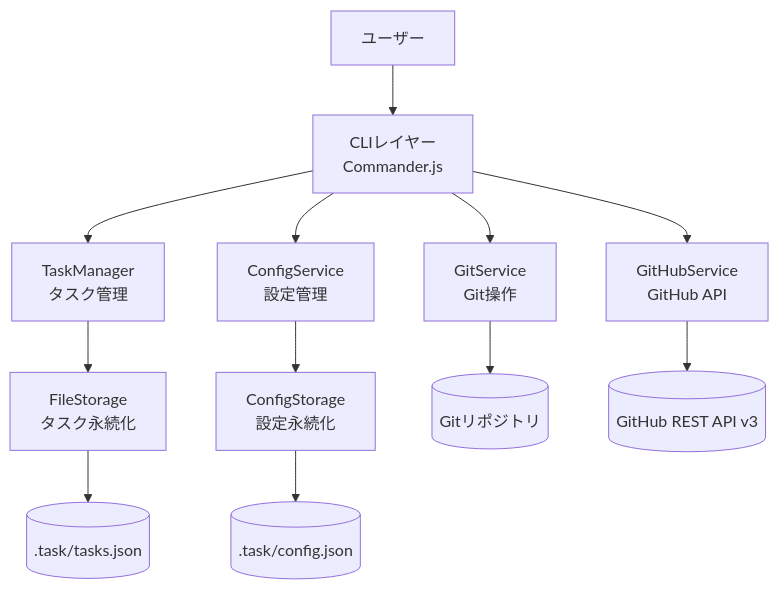
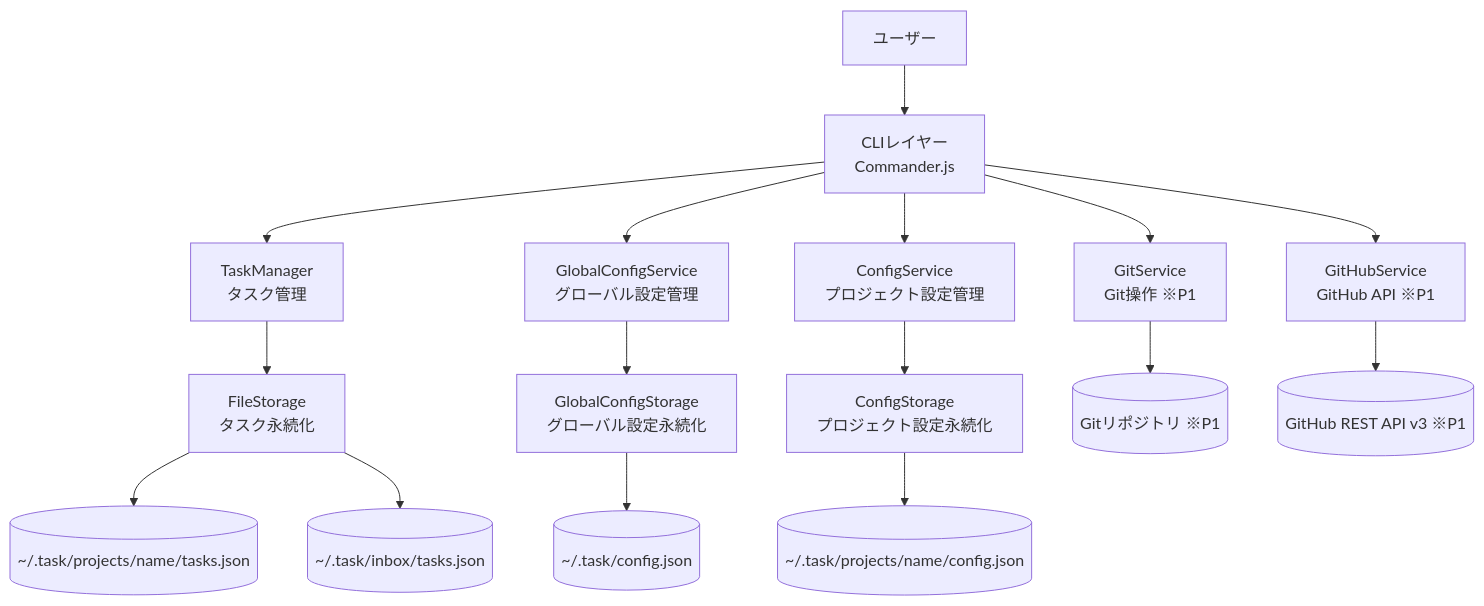
One commit to kanan4gh/dev-tasks2 changed the first of 8 diagrams in docs/functional-design.md. Above: the diagram before and after it, drawn with Mermaid. The commit also changed other lines of this file and 4 other files, not shown here.

````diff
--- a/docs/functional-design.md
+++ b/docs/functional-design.md
@@ -16,27 +16,35 @@
 ```mermaid
 graph TB
     User[ユーザー]
     CLI[CLIレイヤー<br/>Commander.js]
     TaskMgr[TaskManager<br/>タスク管理]
-    GitSvc[GitService<br/>Git操作]
-    GHSvc[GitHubService<br/>GitHub API]
-    CfgSvc[ConfigService<br/>設定管理]
+    GitSvc[GitService<br/>Git操作 ※P1]
+    GHSvc[GitHubService<br/>GitHub API ※P1]
+    GlobalCfgSvc[GlobalConfigService<br/>グローバル設定管理]
+    CfgSvc[ConfigService<br/>プロジェクト設定管理]
     FileStore[FileStorage<br/>タスク永続化]
-    CfgStore[ConfigStorage<br/>設定永続化]
-    TasksJSON[(.task/tasks.json)]
-    ConfigJSON[(.task/config.json)]
-    GitRepo[(Gitリポジトリ)]
-    GitHubAPI[(GitHub REST API v3)]
+    GlobalCfgStore[GlobalConfigStorage<br/>グローバル設定永続化]
+    CfgStore[ConfigStorage<br/>プロジェクト設定永続化]
+    GlobalConfigJSON[(~/.task/config.json)]
+    InboxJSON[(~/.task/inbox/tasks.json)]
+    TasksJSON[(~/.task/projects/name/tasks.json)]
+    ProjConfigJSON[(~/.task/projects/name/config.json)]
+    GitRepo[(Gitリポジトリ ※P1)]
+    GitHubAPI[(GitHub REST API v3 ※P1)]
 
     User --> CLI
     CLI --> TaskMgr
     CLI --> GitSvc
     CLI --> GHSvc
+    CLI --> GlobalCfgSvc
     CLI --> CfgSvc
     TaskMgr --> FileStore
+    GlobalCfgSvc --> GlobalCfgStore
     CfgSvc --> CfgStore
     GHSvc --> GitHubAPI
     GitSvc --> GitRepo
     FileStore --> TasksJSON
-    CfgStore --> ConfigJSON
+    FileStore --> InboxJSON
+    GlobalCfgStore --> GlobalConfigJSON
+    CfgStore --> ProjConfigJSON
 ```
````
